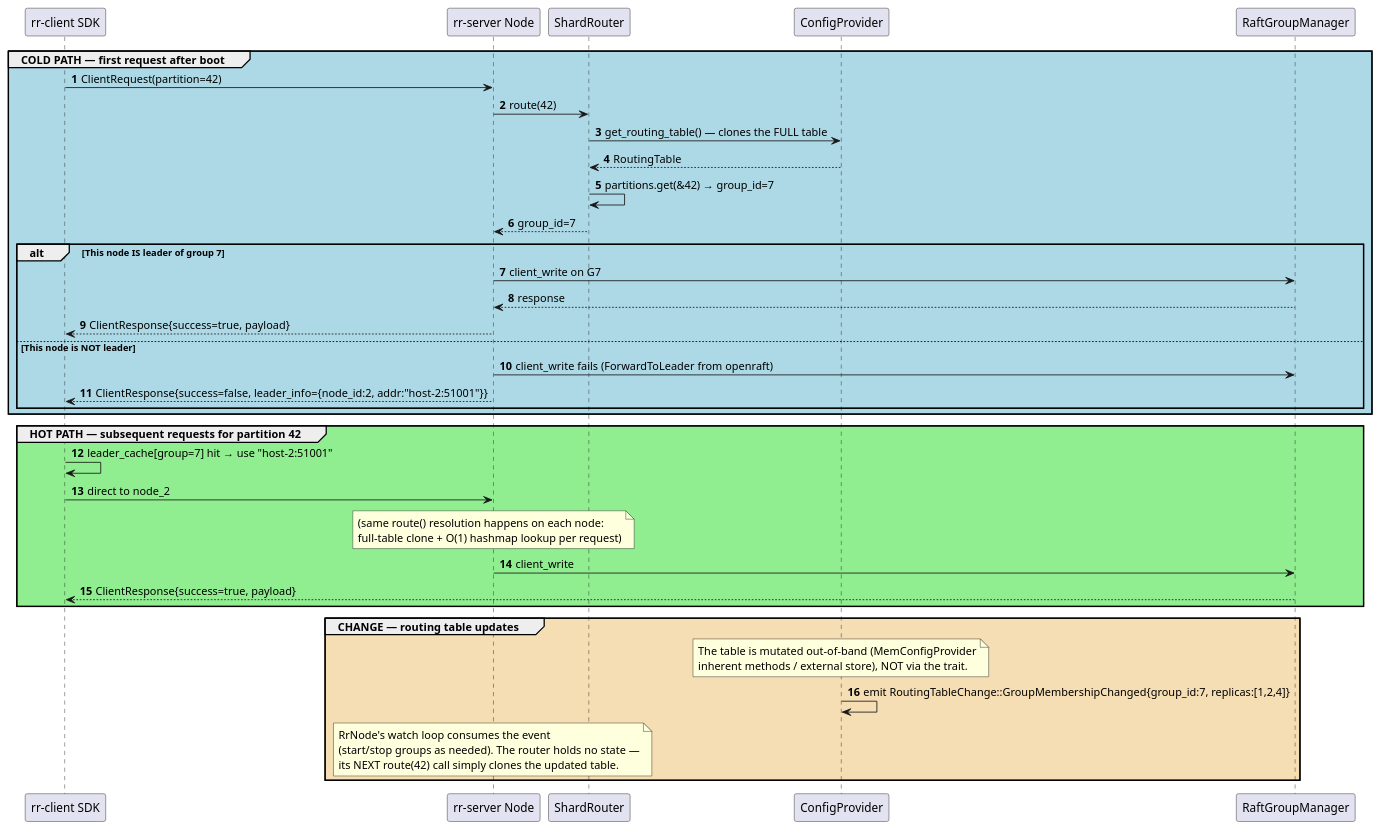
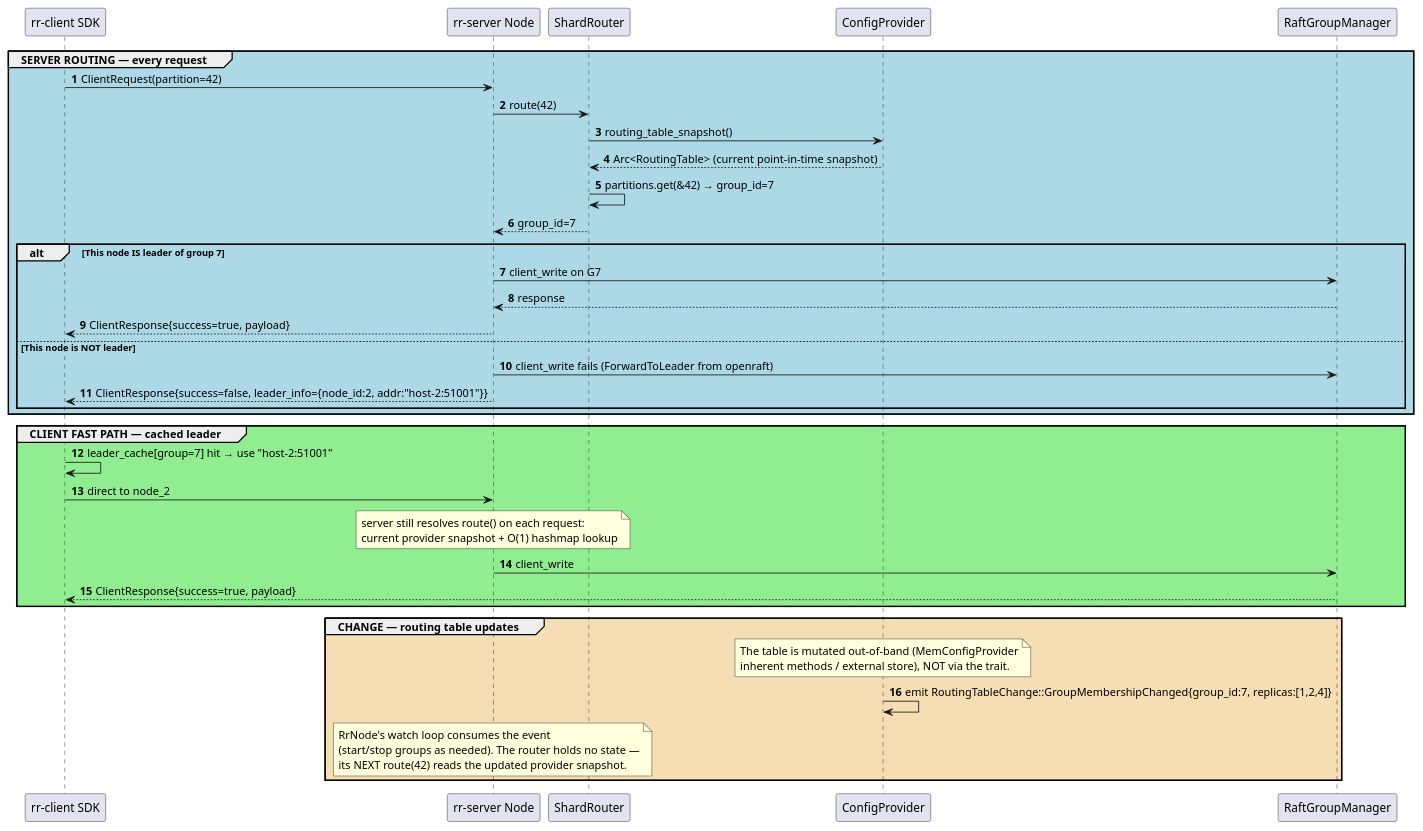
Before and after one commit to gardenias/rr: the second of 2 diagrams in docs/docs/architecture/c4/dynamic-shard-routing.md, drawn with PlantUML. The commit also changed other lines of this file and 130 other files, not shown here.

````diff
--- a/docs/docs/architecture/c4/dynamic-shard-routing.md
+++ b/docs/docs/architecture/c4/dynamic-shard-routing.md
@@ -44,42 +43,42 @@
 ```plantuml
 @startuml
 autonumber
 participant Client as "rr-client SDK"
 participant Node as "rr-server Node"
 participant Router as "ShardRouter"
 participant Cfg as "ConfigProvider"
 participant Raft as "RaftGroupManager"
 
-group #LightBlue COLD PATH — first request after boot
+group #LightBlue SERVER ROUTING — every request
   Client -> Node : ClientRequest(partition=42)
   Node -> Router : route(42)
-  Router -> Cfg : get_routing_table() — clones the FULL table
-  Cfg --> Router : RoutingTable
+  Router -> Cfg : routing_table_snapshot()
+  Cfg --> Router : Arc<RoutingTable> (current point-in-time snapshot)
   Router -> Router : partitions.get(&42) → group_id=7
   Router --> Node : group_id=7
 
   alt This node IS leader of group 7
     Node -> Raft : client_write on G7
     Raft --> Node : response
     Node --> Client : ClientResponse{success=true, payload}
   else This node is NOT leader
     Node -> Raft : client_write fails (ForwardToLeader from openraft)
     Node --> Client : ClientResponse{success=false, leader_info={node_id:2, addr:"host-2:51001"}}
   end
 end
 
-group #LightGreen HOT PATH — subsequent requests for partition 42
+group #LightGreen CLIENT FAST PATH — cached leader
   Client -> Client : leader_cache[group=7] hit → use "host-2:51001"
   Client -> Node : direct to node_2
-  note over Node : (same route() resolution happens on each node:\nfull-table clone + O(1) hashmap lookup per request)
+  note over Node : server still resolves route() on each request:\ncurrent provider snapshot + O(1) hashmap lookup
   Node -> Raft : client_write
   Raft --> Client : ClientResponse{success=true, payload}
 end
 
 group #Wheat CHANGE — routing table updates
   note over Cfg : The table is mutated out-of-band (MemConfigProvider\ninherent methods / external store), NOT via the trait.
   Cfg -> Cfg : emit RoutingTableChange::GroupMembershipChanged{group_id:7, replicas:[1,2,4]}
-  note over Node : RrNode's watch loop consumes the event\n(start/stop groups as needed). The router holds no state —\nits NEXT route(42) call simply clones the updated table.
+  note over Node : RrNode's watch loop consumes the event\n(start/stop groups as needed). The router holds no state —\nits NEXT route(42) reads the updated provider snapshot.
 end
 @enduml
 ```
````
